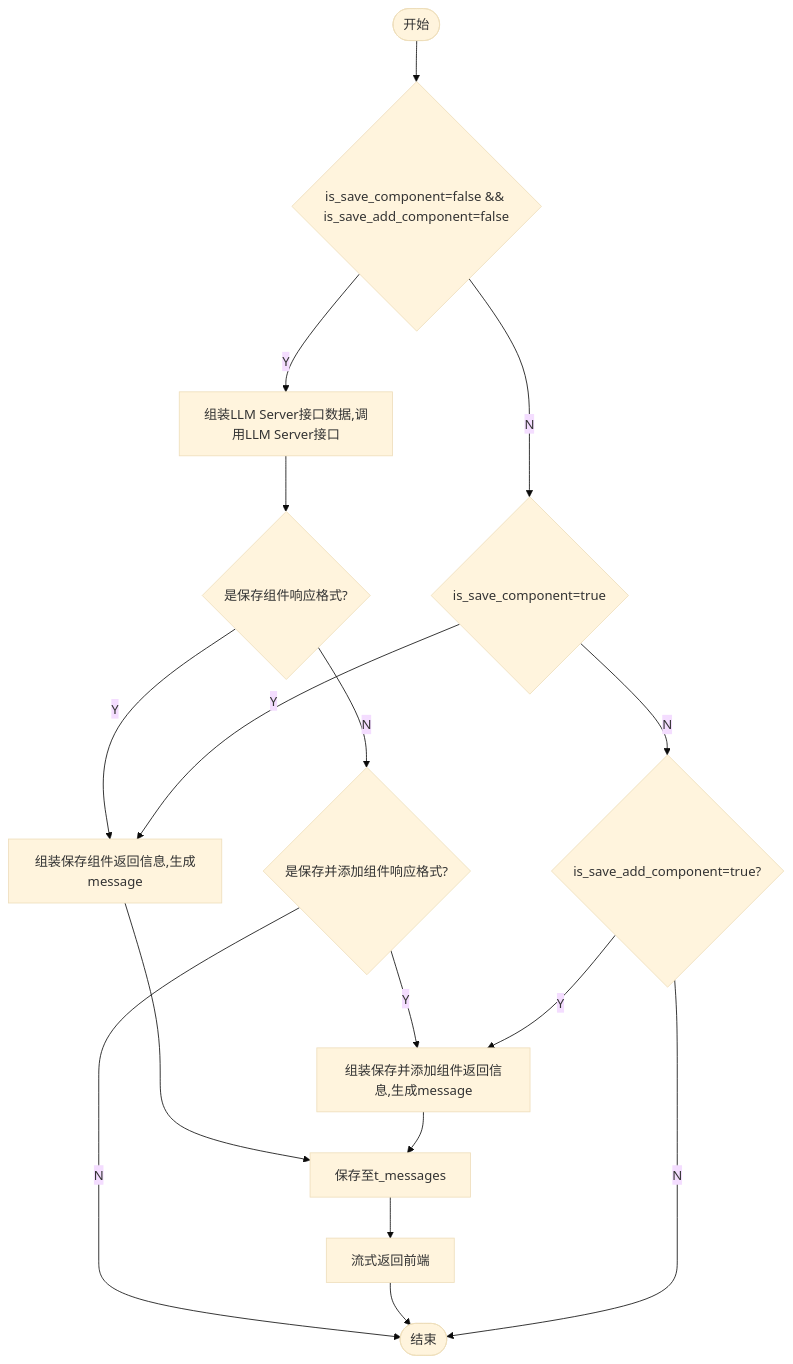
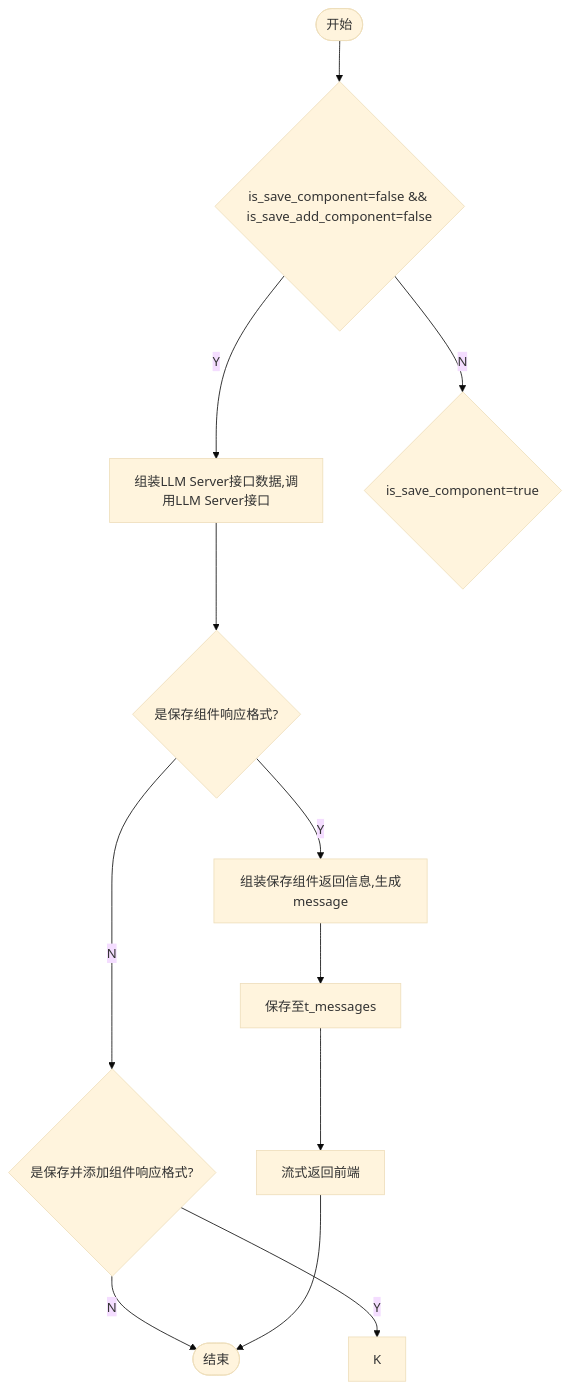
Before and after one commit to yingjianzh/iodraw-files: the diagram in all/未命名-7.md, drawn with Mermaid (base theme).

Commit message:
2024-10-12 14:13:03 update

````diff
--- a/all/未命名-7.md
+++ b/all/未命名-7.md
@@ -1,20 +1,16 @@
 ```mermaid
 flowchart TD
     A([开始]) --> B{is_save_component=false && is_save_add_component=false}
     B -- Y --> C[组装LLM Server接口数据,调用LLM Server接口]
     B -- N --> D{is_save_component=true}
     C --> E{是保存组件响应格式?}
     E -- Y --> F[组装保存组件返回信息,生成message]
     E -- N --> L{是保存并添加组件响应格式?}
     L -- Y --> K
     L -- N --> I
     F --> G[保存至t_messages]
     G --> H[流式返回前端]
     H --> I([结束])
-    D -- Y --> F
-    D -- N --> J{is_save_add_component=true?}
-    J -- Y --> K[组装保存并添加组件返回信息,生成message]
-    K --> G
-    J -- N --> I
+    
 
 ```
````
